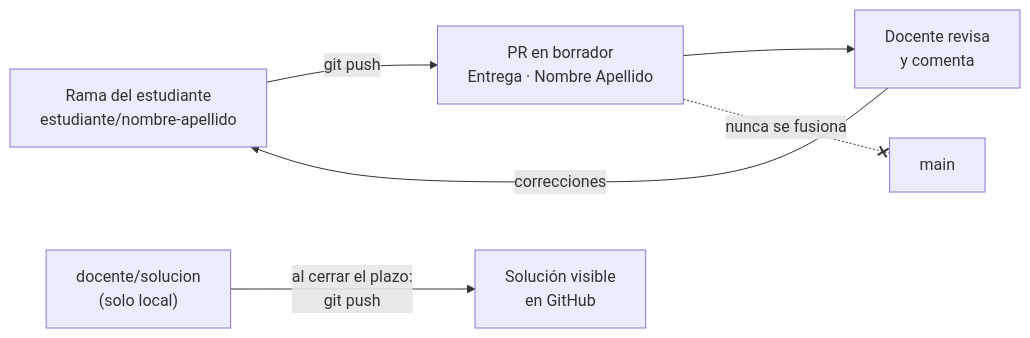
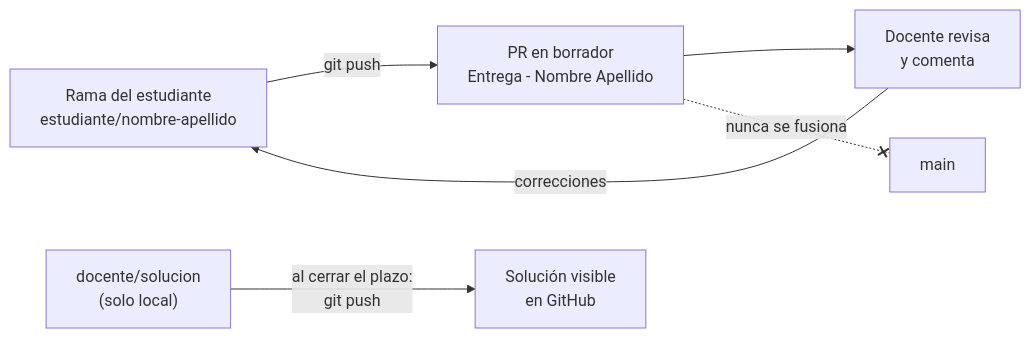
The second of 2 diagrams in guia-git/README.md (Vikktor93/vetChiloe-terreno), drawn with Mermaid before and after one commit. The commit also changed other lines of this file, not shown here.

Commit message:
Base: Actualización README.md de Guía Git

````diff
--- a/guia-git/README.md
+++ b/guia-git/README.md
@@ -38,8 +38,8 @@
 ```mermaid
 flowchart LR
-  A["Rama del estudiante<br/>estudiante/nombre-apellido"] -->|git push| B["PR en borrador<br/>Entrega · Nombre Apellido"]
+  A["Rama del estudiante<br/>estudiante/nombre-apellido"] -->|git push| B["PR en borrador<br/>Entrega - Nombre Apellido"]
   B --> C["Docente revisa<br/>y comenta"]
   C -->|correcciones| A
   B -. "nunca se fusiona" .-x M["main"]
   D["docente/solucion<br/>(solo local)"] -->|"al cerrar el plazo:<br/>git push"| E["Solución visible<br/>en GitHub"]
 ```
````
